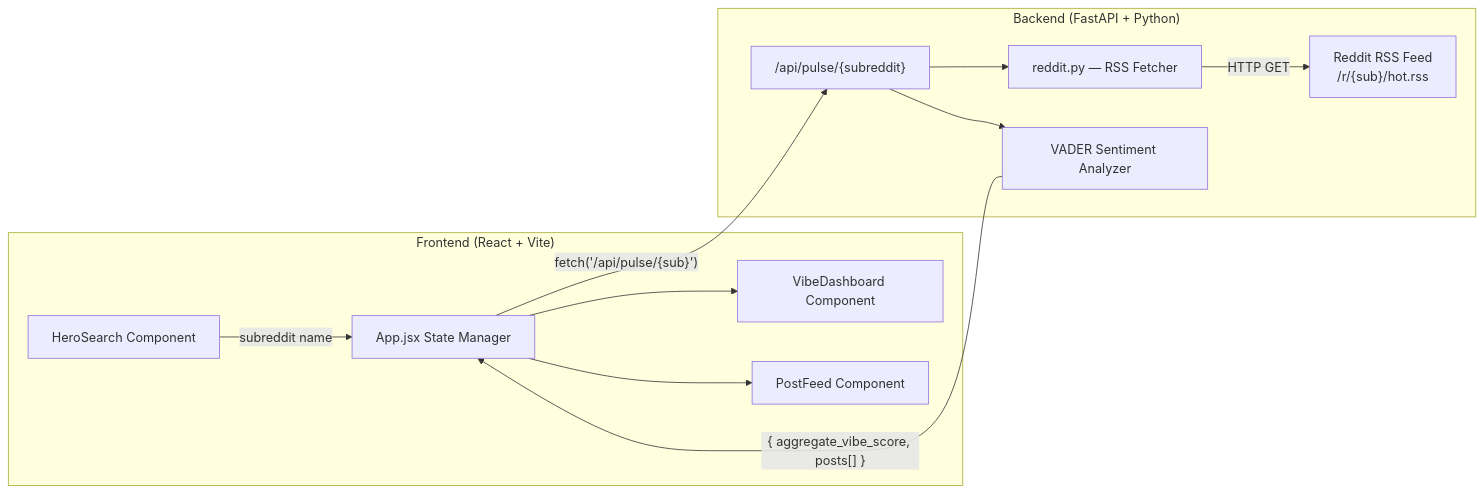
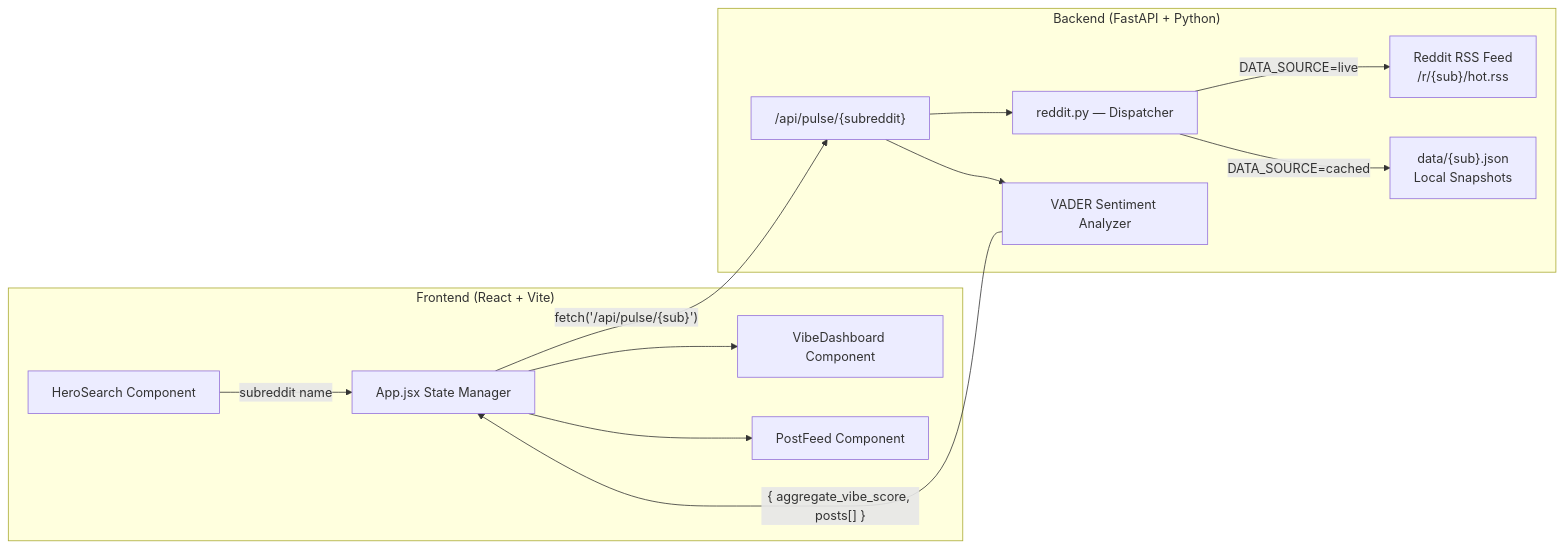
Before and after one commit to SHAIK-FIRDOS-01/The-Subreddit-Vibe-Check: the diagram in README.md, drawn with Mermaid. The commit also changed other lines of this file and 10 other files, not shown here.

Commit message:
feat: add cached-data mode for production (Render), keep live RSS for localhost

````diff
--- a/README.md
+++ b/README.md
@@ -86,17 +97,18 @@
 ```mermaid
 graph LR
     subgraph Client["Frontend (React + Vite)"]
         A[HeroSearch Component] -->|subreddit name| B[App.jsx State Manager]
         B --> C[VibeDashboard Component]
         B --> D[PostFeed Component]
     end
 
     subgraph Server["Backend (FastAPI + Python)"]
-        E["/api/pulse/{subreddit}"] --> F[reddit.py — RSS Fetcher]
-        F -->|HTTP GET| G["Reddit RSS Feed\n/r/{sub}/hot.rss"]
+        E["/api/pulse/{subreddit}"] --> F["reddit.py — Dispatcher"]
+        F -->|"DATA_SOURCE=live"| G["Reddit RSS Feed\n/r/{sub}/hot.rss"]
+        F -->|"DATA_SOURCE=cached"| I["data/{sub}.json\nLocal Snapshots"]
         E --> H["VADER Sentiment Analyzer"]
     end
 
     B -->|"fetch('/api/pulse/{sub}')"| E
     H -->|"{ aggregate_vibe_score, posts[] }"| B
 ```
````
